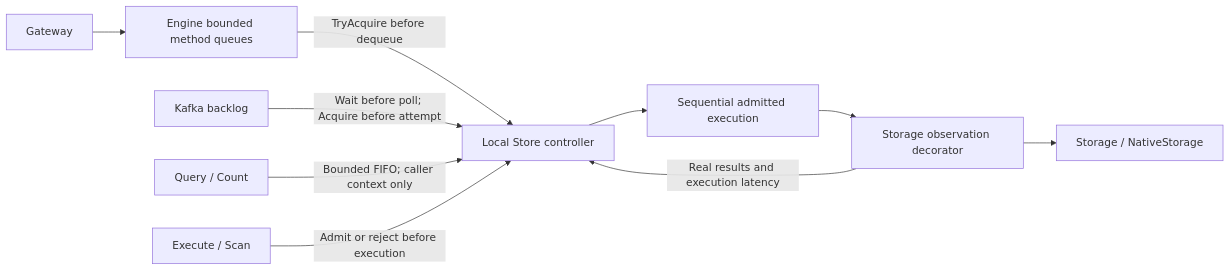
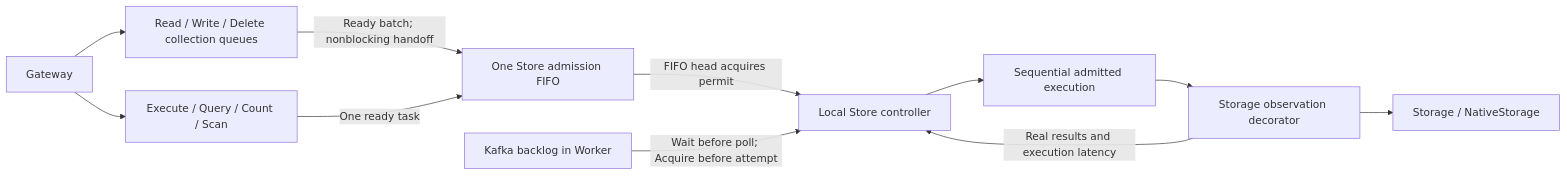
One commit to batchstream/sink changed the diagram in docs/design/store-backpressure.md. Above: the diagram before and after it, drawn with Mermaid. The commit also changed other lines of this file and 30 other files, not shown here.

Commit message:
🧵 feat: unify Store execution admission

````diff
--- a/docs/design/store-backpressure.md
+++ b/docs/design/store-backpressure.md
@@ -19,12 +19,13 @@
 ```mermaid
 flowchart LR
-    G[Gateway] --> Q[Engine bounded method queues]
-    Q -->|TryAcquire before dequeue| C[Local Store controller]
-    K[Kafka backlog] -->|Wait before poll; Acquire before attempt| C
-    R[Query / Count] -->|Bounded FIFO; caller context only| C
-    N[Execute / Scan] -->|Admit or reject before execution| C
+    G[Gateway] --> B[Read / Write / Delete collection queues]
+    B -->|Ready batch; nonblocking handoff| Q[One Store admission FIFO]
+    G --> N[Execute / Query / Count / Scan]
+    N -->|One ready task| Q
+    Q -->|FIFO head acquires permit| C[Local Store controller]
+    K[Kafka backlog in Worker] -->|Wait before poll; Acquire before attempt| C
     C --> E[Sequential admitted execution]
     E --> O[Storage observation decorator]
     O --> S[Storage / NativeStorage]
     O -->|Real results and execution latency| C
 ```
````
